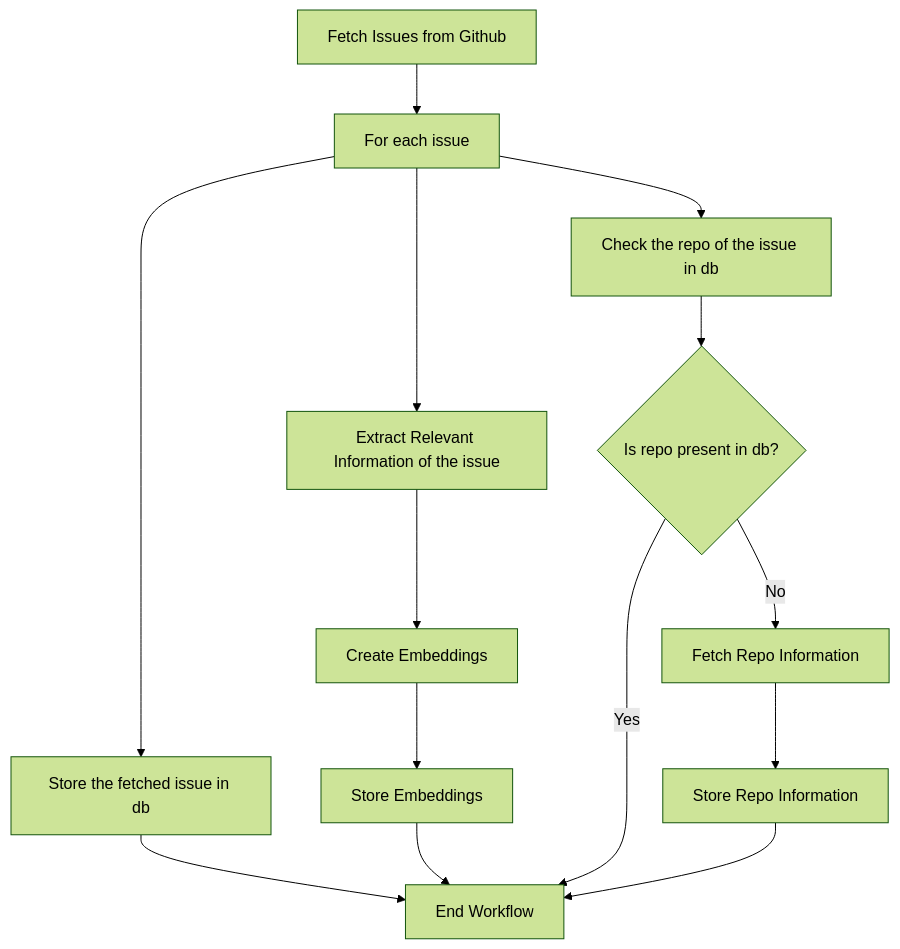
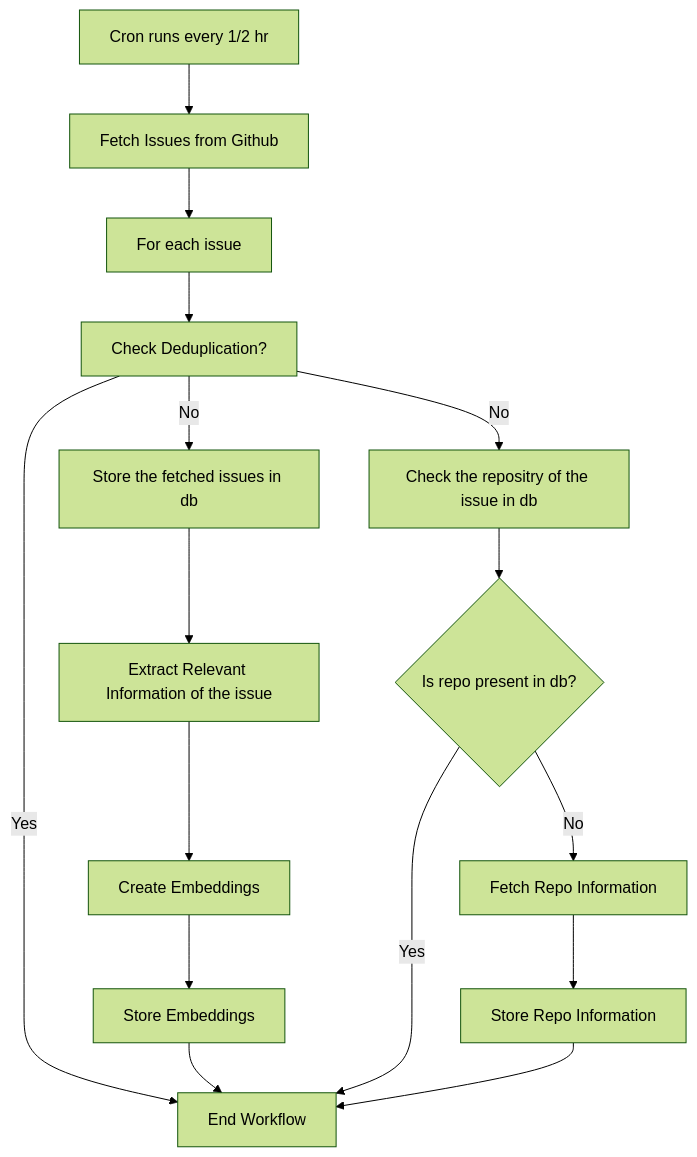
Before and after one commit to mustafa-sayyed/getissues: the first of 2 diagrams in packages/workflows/README.md, drawn with Mermaid (forest theme). The commit also changed other lines of this file, not shown here.

Commit message:
update workflow readme

````diff
--- a/packages/workflows/README.md
+++ b/packages/workflows/README.md
@@ -17,17 +17,19 @@
 ```mermaid
 graph TD
+    START[Cron runs every 1/2 hr] --> A
     A[Fetch Issues from Github]
     A --> B[For each issue]
-    B --> C[Store the fetched issue in db]
-    C --> I[End Workflow]
-    B --> D[Extract Relevant Information of the issue]
-    D --> E[Create Embeddings]
-    E --> F[Store Embeddings]
-    F --> I[End Workflow]
-    B --> G[Check the repo of the issue in db]
-    G --> H{Is repo present in db?}
-    H -- Yes --> I[End Workflow]
-    H -- No --> J[Fetch Repo Information]
-    J --> K[Store Repo Information]
-    K --> I[End Workflow]
+    B --> C[Check Deduplication?]
+    C -- Yes --> D[End Workflow]
+    C -- No --> E[Store the fetched issues in db]
+    C -- No --> I[Check the repositry of the issue in db]
+    E --> F[Extract Relevant Information of the issue]
+    F --> G[Create Embeddings]
+    G --> H[Store Embeddings]
+    H --> D[End Workflow]
+    I --> J{Is repo present in db?}
+    J -- Yes --> D[End Workflow]
+    J -- No --> K[Fetch Repo Information]
+    K --> L[Store Repo Information]
+    L --> D[End Workflow]
 ```
````
